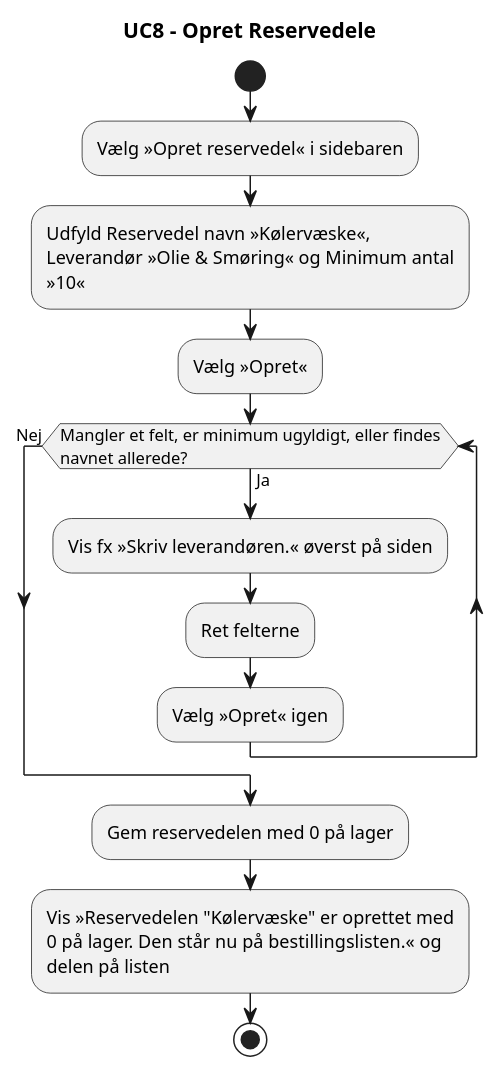
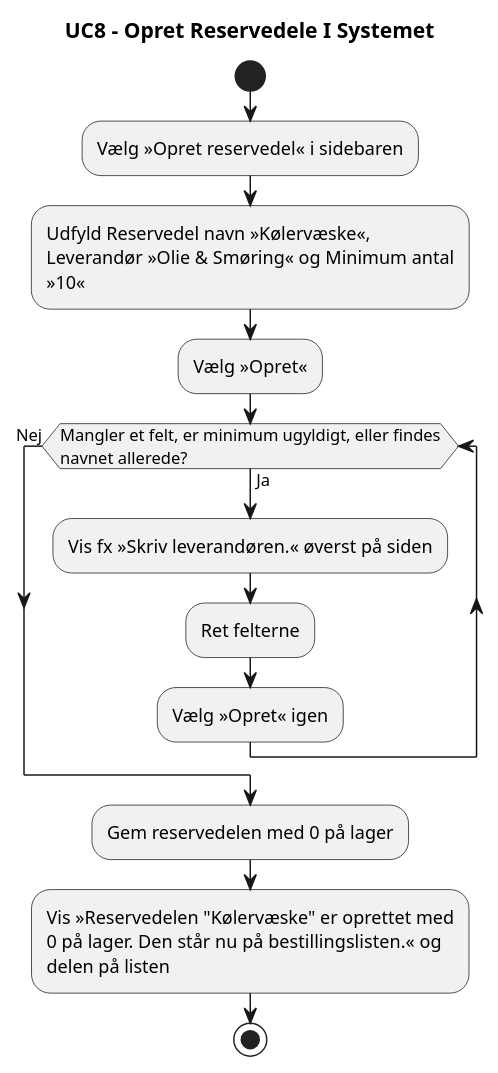
The diagram in 10. Userflow/UC8_opret_reservedele.puml (Zoabz/Getting-Real), drawn with PlantUML before and after one commit. The commit also changed 19 other files, not shown here.

```diff
--- a/10. Userflow/UC8_opret_reservedele.puml
+++ b/10. Userflow/UC8_opret_reservedele.puml
@@ -2,19 +2,19 @@
 @startuml
-title UC8 - Opret Reservedele
+title UC8 - Opret Reservedele I Systemet
 start
 :Vælg »Opret reservedel« i sidebaren;
 :Udfyld Reservedel navn »Kølervæske«,
 Leverandør »Olie & Smøring« og Minimum antal
 »10«;
 :Vælg »Opret«;
 while (Mangler et felt, er minimum ugyldigt, eller findes\nnavnet allerede?) is (Ja)
   :Vis fx »Skriv leverandøren.« øverst på siden;
   :Ret felterne;
   :Vælg »Opret« igen;
 endwhile (Nej)
 :Gem reservedelen med 0 på lager;
 :Vis »Reservedelen "Kølervæske" er oprettet med
 0 på lager. Den står nu på bestillingslisten.« og
 delen på listen;
 stop
 @enduml
```
